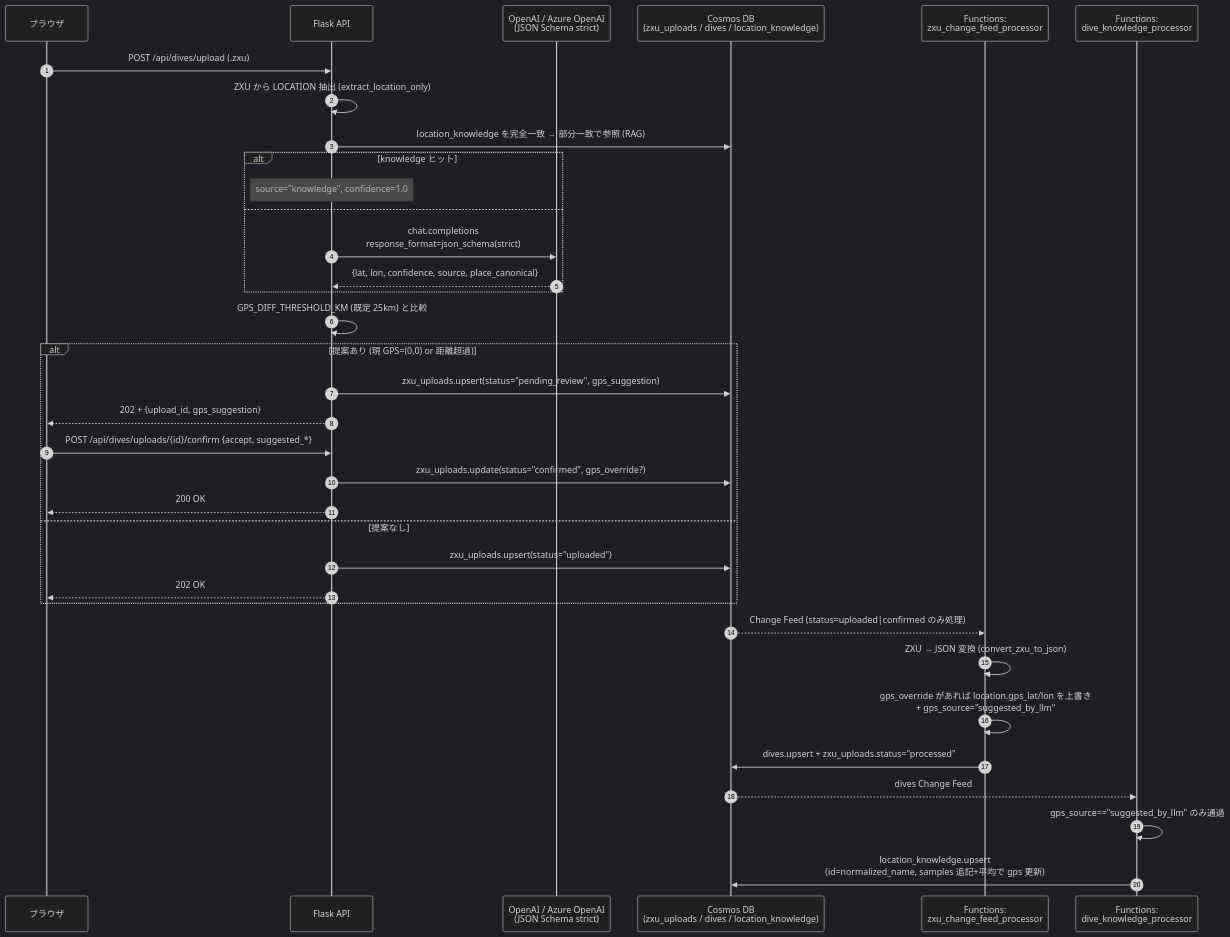
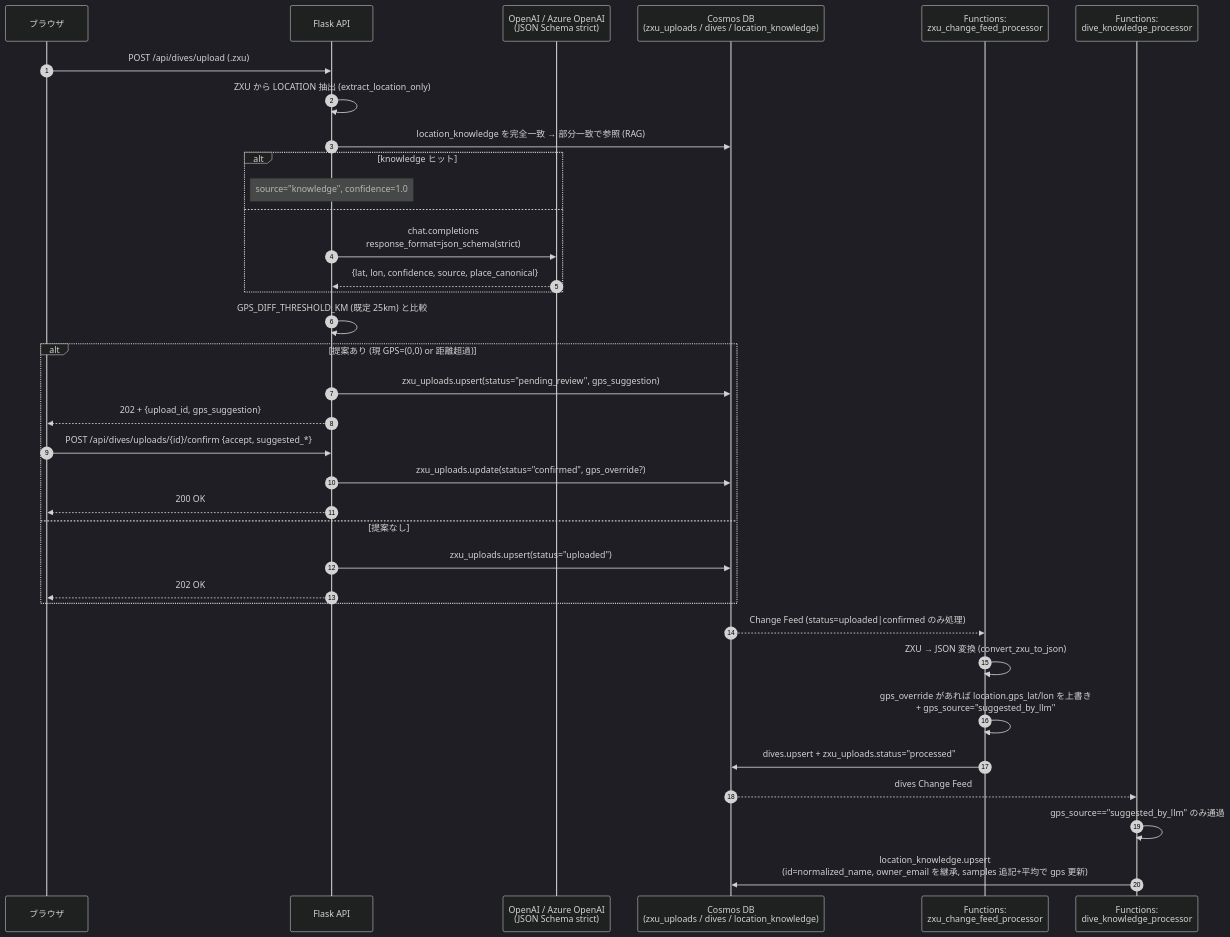
Before and after one commit to mahya8585/divelog: the third of 3 diagrams in docs/architecture.md, drawn with Mermaid (dark theme). The commit also changed other lines of this file and 7 other files, not shown here.

````diff
--- a/docs/architecture.md
+++ b/docs/architecture.md
@@ -107,40 +107,40 @@
 ```mermaid
 sequenceDiagram
     autonumber
     participant U as ブラウザ
     participant API as Flask API
     participant LLM as OpenAI / Azure OpenAI<br/>(JSON Schema strict)
     participant COS as Cosmos DB<br/>(zxu_uploads / dives / location_knowledge)
     participant FN1 as Functions:<br/>zxu_change_feed_processor
     participant FN2 as Functions:<br/>dive_knowledge_processor
 
     U->>API: POST /api/dives/upload (.zxu)
     API->>API: ZXU から LOCATION 抽出 (extract_location_only)
     API->>COS: location_knowledge を完全一致 → 部分一致で参照 (RAG)
     alt knowledge ヒット
         Note over API: source="knowledge", confidence=1.0
     else
         API->>LLM: chat.completions<br/>response_format=json_schema(strict)
         LLM-->>API: {lat, lon, confidence, source, place_canonical}
     end
     API->>API: GPS_DIFF_THRESHOLD_KM (既定 25km) と比較
     alt 提案あり (現 GPS=(0,0) or 距離超過)
         API->>COS: zxu_uploads.upsert(status="pending_review", gps_suggestion)
         API-->>U: 202 + {upload_id, gps_suggestion}
         U->>API: POST /api/dives/uploads/{id}/confirm {accept, suggested_*}
         API->>COS: zxu_uploads.update(status="confirmed", gps_override?)
         API-->>U: 200 OK
     else 提案なし
         API->>COS: zxu_uploads.upsert(status="uploaded")
         API-->>U: 202 OK
     end
 
     COS-->>FN1: Change Feed (status=uploaded|confirmed のみ処理)
     FN1->>FN1: ZXU → JSON 変換 (convert_zxu_to_json)
     FN1->>FN1: gps_override があれば location.gps_lat/lon を上書き<br/>+ gps_source="suggested_by_llm"
     FN1->>COS: dives.upsert + zxu_uploads.status="processed"
 
     COS-->>FN2: dives Change Feed
     FN2->>FN2: gps_source=="suggested_by_llm" のみ通過
-    FN2->>COS: location_knowledge.upsert<br/>(id=normalized_name, samples 追記+平均で gps 更新)
+    FN2->>COS: location_knowledge.upsert<br/>(id=normalized_name, owner_email を継承, samples 追記+平均で gps 更新)
 ```
````
